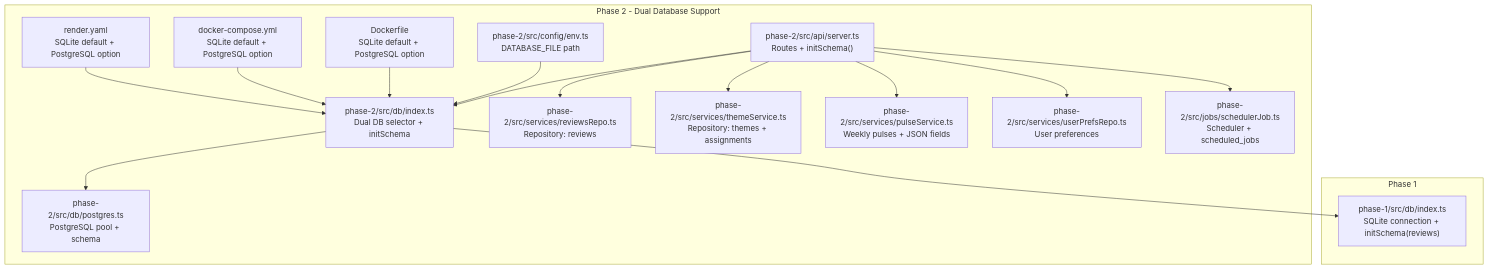
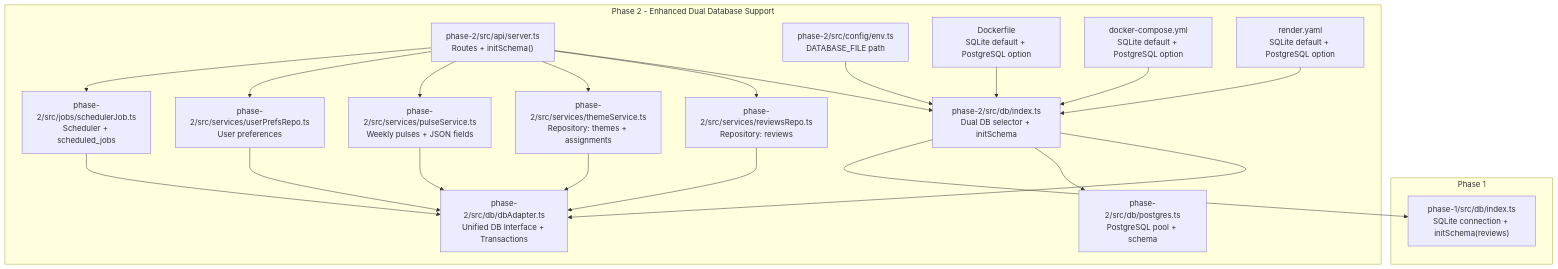
The first of 9 diagrams in .qoder/repowiki/en/content/Phase 1_ Review Scraper/Database Layer.md (aravinthraj-ramalingam/Groww-App-Review-Insights-Analyzer-), drawn with Mermaid before and after one commit. The commit also changed other lines of this file and 10 other files, not shown here.

Commit message:
Fix pulse duplicate key error, theme deduplication, and button alignment

````diff
--- a/.qoder/repowiki/en/content/Phase 1_ Review Scraper/Database Layer.md
+++ b/.qoder/repowiki/en/content/Phase 1_ Review Scraper/Database Layer.md
@@ -53,32 +54,39 @@
 ```mermaid
 graph TB
 subgraph "Phase 1"
 P1_DB["phase-1/src/db/index.ts<br/>SQLite connection + initSchema(reviews)"]
 end
-subgraph "Phase 2 - Dual Database Support"
+subgraph "Phase 2 - Enhanced Dual Database Support"
 P2_DB_INDEX["phase-2/src/db/index.ts<br/>Dual DB selector + initSchema"]
+P2_DB_ADAPTER["phase-2/src/db/dbAdapter.ts<br/>Unified DB Interface + Transactions"]
 P2_DB_PG["phase-2/src/db/postgres.ts<br/>PostgreSQL pool + schema"]
 P2_SRV_REV["phase-2/src/services/reviewsRepo.ts<br/>Repository: reviews"]
 P2_SRV_THEME["phase-2/src/services/themeService.ts<br/>Repository: themes + assignments"]
 P2_SRV_PULSE["phase-2/src/services/pulseService.ts<br/>Weekly pulses + JSON fields"]
 P2_SRV_PREF["phase-2/src/services/userPrefsRepo.ts<br/>User preferences"]
 P2_JOB_SCHED["phase-2/src/jobs/schedulerJob.ts<br/>Scheduler + scheduled_jobs"]
 P2_API["phase-2/src/api/server.ts<br/>Routes + initSchema()"]
 P2_CFG["phase-2/src/config/env.ts<br/>DATABASE_FILE path"]
 P2_DOCKER["Dockerfile<br/>SQLite default + PostgreSQL option"]
 P2_COMPOSE["docker-compose.yml<br/>SQLite default + PostgreSQL option"]
 P2_RENDER["render.yaml<br/>SQLite default + PostgreSQL option"]
 end
 P2_API --> P2_DB_INDEX
+P2_DB_INDEX --> P2_DB_ADAPTER
 P2_DB_INDEX --> P2_DB_PG
 P2_API --> P2_SRV_REV
 P2_API --> P2_SRV_THEME
 P2_API --> P2_SRV_PULSE
 P2_API --> P2_SRV_PREF
 P2_API --> P2_JOB_SCHED
+P2_SRV_REV --> P2_DB_ADAPTER
+P2_SRV_THEME --> P2_DB_ADAPTER
+P2_SRV_PULSE --> P2_DB_ADAPTER
+P2_SRV_PREF --> P2_DB_ADAPTER
+P2_JOB_SCHED --> P2_DB_ADAPTER
 P2_DB_INDEX --> P1_DB
 P2_CFG --> P2_DB_INDEX
 P2_DOCKER --> P2_DB_INDEX
 P2_COMPOSE --> P2_DB_INDEX
 P2_RENDER --> P2_DB_INDEX
 ```
````
